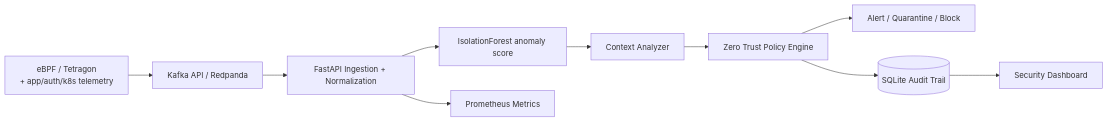
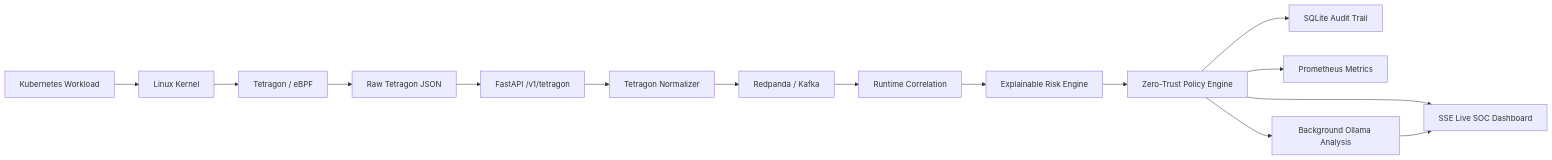
Before and after one commit to Hackveda/AI-Driven-Cloud-Native-Security-Platform-for-Real-Time-Threat-Detection-and-Zero-Trust-Enforcement: the diagram in README.md, drawn with Mermaid. The commit also changed other lines of this file, not shown here.

Commit message:
update README for real-time Tetragon SOC and demo image

````diff
--- a/README.md
+++ b/README.md
@@ -7,12 +36,17 @@
 ```mermaid
 flowchart LR
-  A[eBPF / Tetragon\n+ app/auth/k8s telemetry] --> B[Kafka API / Redpanda]
-  B --> C[FastAPI Ingestion + Normalization]
-  C --> D[IsolationForest anomaly score]
-  D --> E[Context Analyzer]
-  E --> F[Zero Trust Policy Engine]
-  F --> G[Alert / Quarantine / Block]
-  F --> H[(SQLite Audit Trail)]
-  C --> I[Prometheus Metrics]
-  H --> J[Security Dashboard]
+    A[Kubernetes Workload] --> B[Linux Kernel]
+    B --> C[Tetragon / eBPF]
+    C --> D[Raw Tetragon JSON]
+    D --> E[FastAPI /v1/tetragon]
+    E --> F[Tetragon Normalizer]
+    F --> G[Redpanda / Kafka]
+    G --> H[Runtime Correlation]
+    H --> I[Explainable Risk Engine]
+    I --> J[Zero-Trust Policy Engine]
+    J --> K[SQLite Audit Trail]
+    J --> L[Prometheus Metrics]
+    J --> M[SSE Live SOC Dashboard]
+    J --> N[Background Ollama Analysis]
+    N --> M
 ```
````
